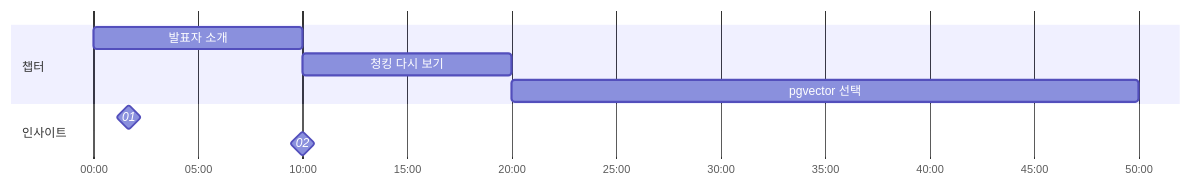
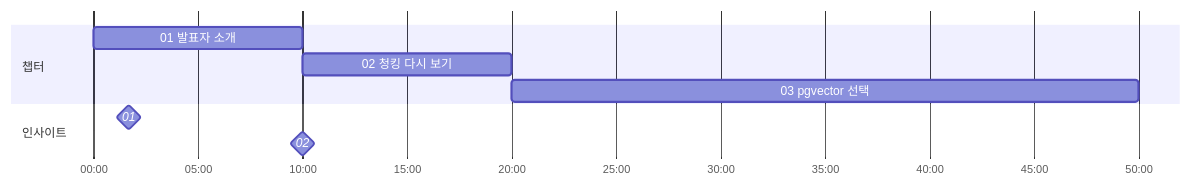
Before and after one commit to HoyoungParkme/video-agent: the first of 2 diagrams in backend/tests/domains/analysis/snapshots/export_youtube_50m.md, drawn with Mermaid. The commit also changed 4 other files, not shown here.

First line of the commit message:
code(D1): export.gantt — 막대 · 구역 이름 앞에 번호, todayMarker off, % · 캐리지 리턴도 바꾼다

````diff
--- a/backend/tests/domains/analysis/snapshots/export_youtube_50m.md
+++ b/backend/tests/domains/analysis/snapshots/export_youtube_50m.md
@@ -7,12 +7,13 @@
 ```mermaid
 gantt
   dateFormat HH:mm:ss
   axisFormat %M:%S
+  todayMarker off
   section 챕터
-  발표자 소개 : 00:00:00, 00:10:00
-  청킹 다시 보기 : 00:10:00, 00:20:00
-  pgvector 선택 : 00:20:00, 00:50:00
+  01 발표자 소개 : 00:00:00, 00:10:00
+  02 청킹 다시 보기 : 00:10:00, 00:20:00
+  03 pgvector 선택 : 00:20:00, 00:50:00
   section 인사이트
   01 : milestone, 00:01:40, 0s
   02 : milestone, 00:10:00, 0s
 ```
````
